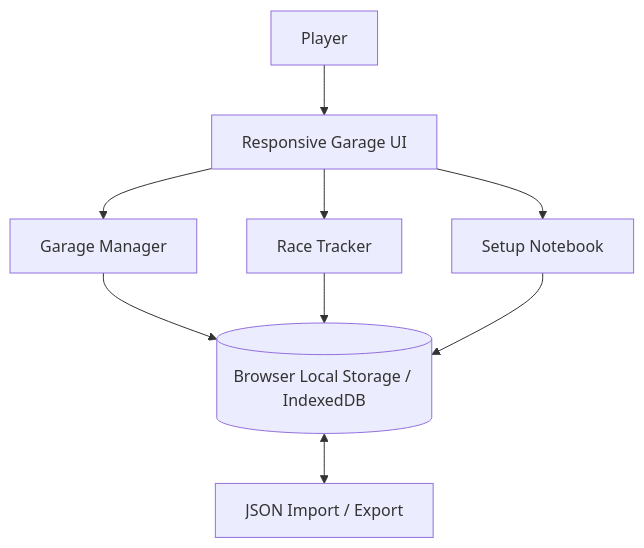
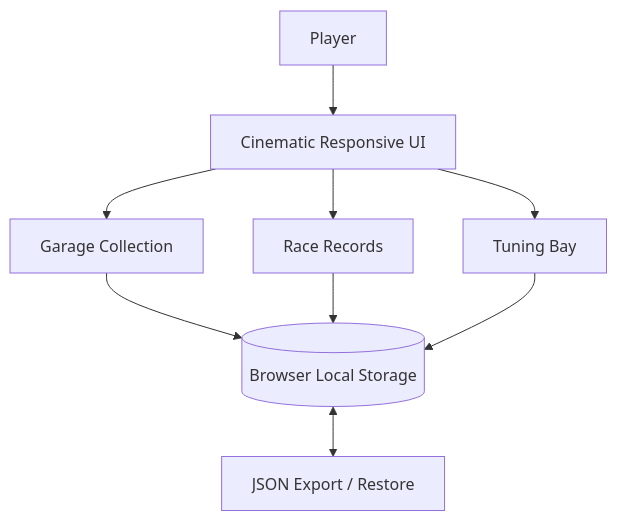
The diagram in README.md (zopair/GT6-Garage-Companion), drawn with Mermaid before and after one commit. The commit also changed other lines of this file, not shown here.

Commit message:
Document cinematic garage experience

````diff
--- a/README.md
+++ b/README.md
@@ -27,11 +22,11 @@
 ```mermaid
 flowchart TD
-    U[Player] --> UI[Responsive Garage UI]
-    UI --> GM[Garage Manager]
-    UI --> RT[Race Tracker]
-    UI --> SN[Setup Notebook]
-    GM --> DB[(Browser Local Storage / IndexedDB)]
-    RT --> DB
-    SN --> DB
-    DB <--> IO[JSON Import / Export]
+    P[Player] --> UI[Cinematic Responsive UI]
+    UI --> G[Garage Collection]
+    UI --> R[Race Records]
+    UI --> T[Tuning Bay]
+    G --> L[(Browser Local Storage)]
+    R --> L
+    T --> L
+    L <--> X[JSON Export / Restore]
 ```
````
